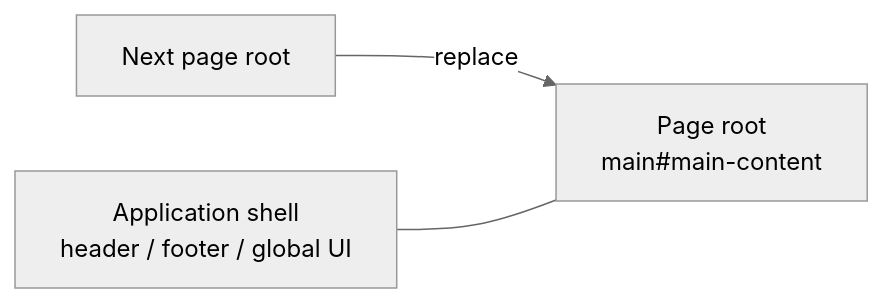
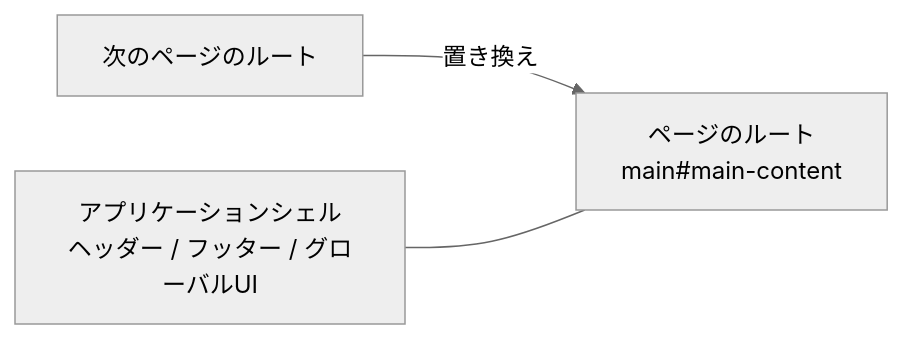
The diagram in docs/docs/framework/spa-navigation.ja.md (Rerurate514/riebeckite), drawn with Mermaid (neutral theme) before and after one commit. The commit also changed other lines of this file and 13 other files, not shown here.

````diff
--- a/docs/docs/framework/spa-navigation.ja.md
+++ b/docs/docs/framework/spa-navigation.ja.md
@@ -24,9 +19,9 @@
 ```mermaid
 flowchart LR
-    Shell["Application shell<br/>header / footer / global UI"]
-    Page["Page root<br/>main#main-content"]
-    Next["Next page root"]
+    Shell["アプリケーションシェル<br/>ヘッダー / フッター / グローバルUI"]
+    Page["ページのルート<br/>main#main-content"]
+    Next["次のページのルート"]
 
-    Next -->|"replace"| Page
+    Next -->|"置き換え"| Page
     Shell --- Page
 ```
````
